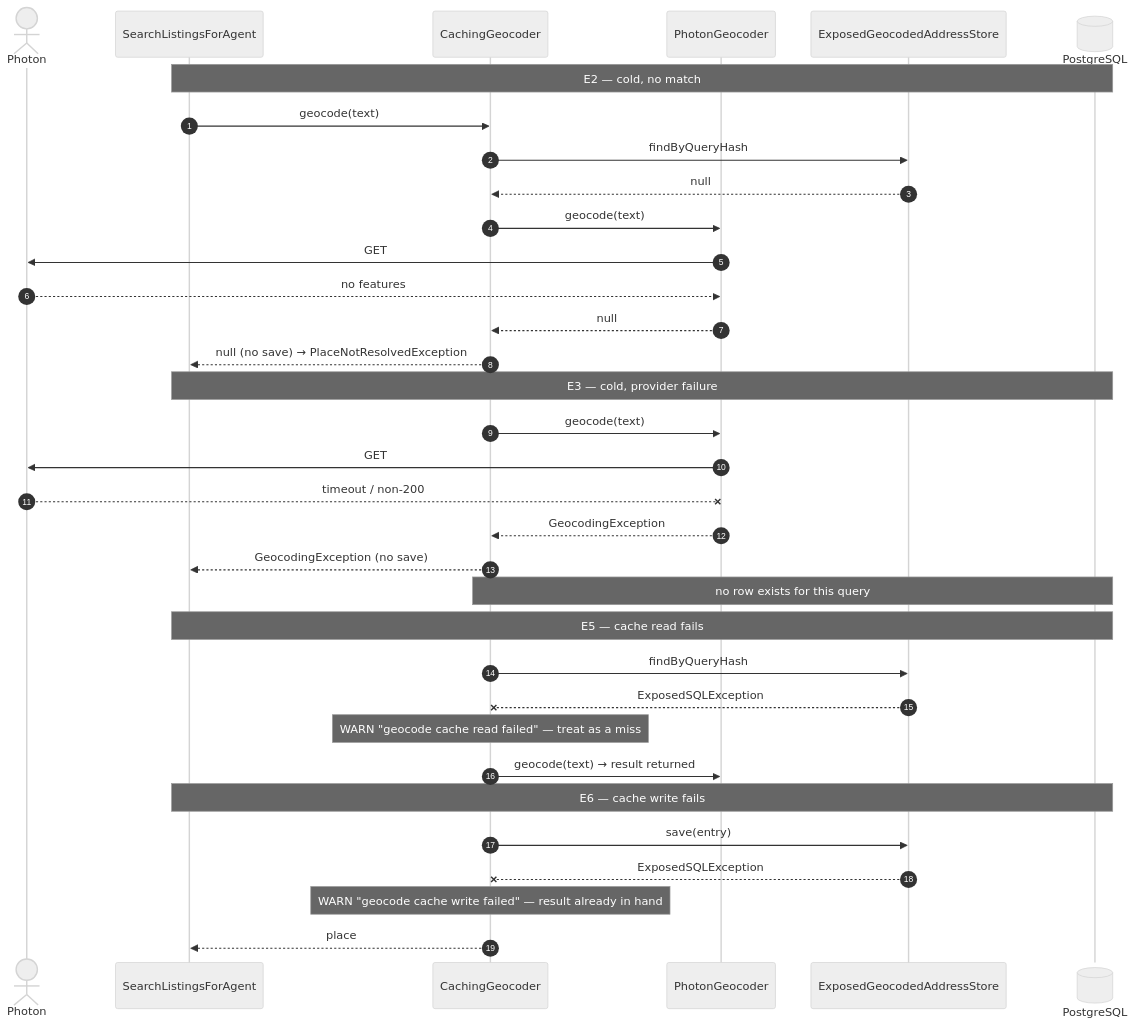
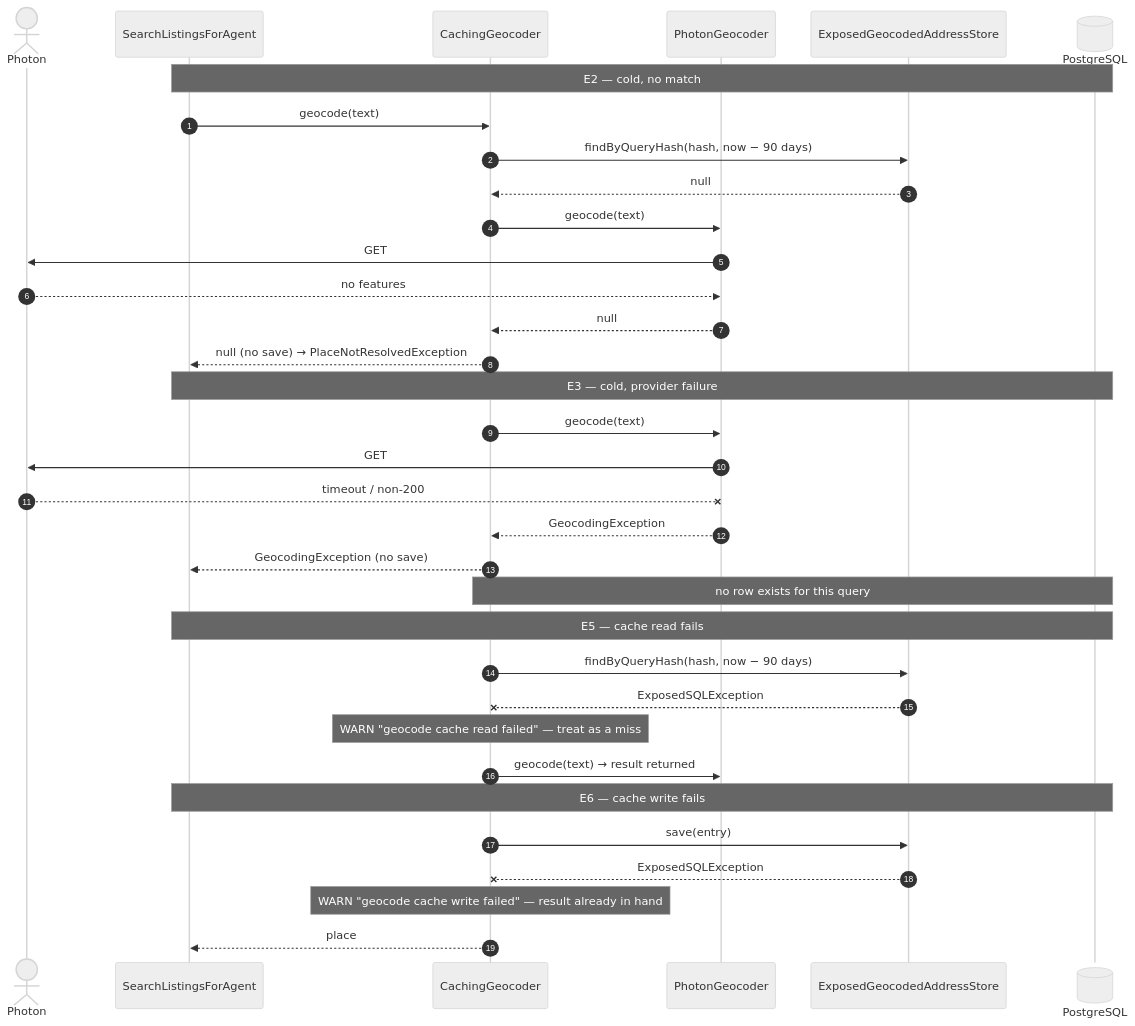
One commit to Losers-Lab/tahirs-list changed the second of 2 diagrams in docs/features/SC-198/06-whitebox/UC-01-search-restaurants.md. Above: the diagram before and after it, drawn with Mermaid (neutral theme). The commit also changed other lines of this file and 9 other files, not shown here.

````diff
--- a/docs/features/SC-198/06-whitebox/UC-01-search-restaurants.md
+++ b/docs/features/SC-198/06-whitebox/UC-01-search-restaurants.md
@@ -57,40 +57,40 @@
 ```mermaid
 sequenceDiagram
   autonumber
   actor PH as Photon
   participant A as SearchListingsForAgent
   participant CG as CachingGeocoder
   participant PG as PhotonGeocoder
   participant ST as ExposedGeocodedAddressStore
   participant DB@{ "type": "database" } as PostgreSQL
 
   Note over A,DB: E2 — cold, no match
   A->>CG: geocode(text)
-  CG->>ST: findByQueryHash
+  CG->>ST: findByQueryHash(hash, now − 90 days)
   ST-->>CG: null
   CG->>PG: geocode(text)
   PG->>PH: GET
   PH-->>PG: no features
   PG-->>CG: null
   CG-->>A: null (no save) → PlaceNotResolvedException
 
   Note over A,DB: E3 — cold, provider failure
   CG->>PG: geocode(text)
   PG->>PH: GET
   PH--xPG: timeout / non-200
   PG-->>CG: GeocodingException
   CG-->>A: GeocodingException (no save)
   Note over CG,DB: no row exists for this query
 
   Note over A,DB: E5 — cache read fails
-  CG->>ST: findByQueryHash
+  CG->>ST: findByQueryHash(hash, now − 90 days)
   ST--xCG: ExposedSQLException
   Note over CG: WARN "geocode cache read failed" — treat as a miss
   CG->>PG: geocode(text) → result returned
 
   Note over A,DB: E6 — cache write fails
   CG->>ST: save(entry)
   ST--xCG: ExposedSQLException
   Note over CG: WARN "geocode cache write failed" — result already in hand
   CG-->>A: place
 ```
````
